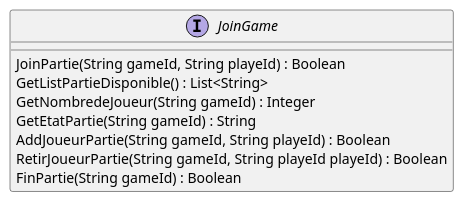
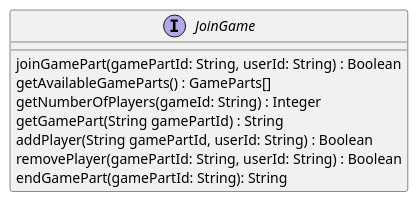
Before and after one commit to sybarry/Trivial_Pursuit_CL: the fourth of 16 diagrams in trivial-doc/modules/development/pages/composants.adoc, drawn with PlantUML. The commit also changed other lines of this file, not shown here.

```diff
--- a/trivial-doc/modules/development/pages/composants.adoc
+++ b/trivial-doc/modules/development/pages/composants.adoc
@@ -122,13 +120,12 @@
 [plantuml]
 ....
 interface JoinGame {
-    JoinPartie(String gameId, String playeId) : Boolean
-    GetListPartieDisponible() : List<String>
-    GetNombredeJoueur(String gameId) : Integer
-    GetEtatPartie(String gameId) : String
-    AddJoueurPartie(String gameId, String playeId) : Boolean
-    RetirJoueurPartie(String gameId, String playeId playeId) : Boolean
-    FinPartie(String gameId) : Boolean
-
+    joinGamePart(gamePartId: String, userId: String) : Boolean
+    getAvailableGameParts() : GameParts[]
+    getNumberOfPlayers(gameId: String) : Integer
+    getGamePart(String gamePartId) : String
+    addPlayer(String gamePartId, userId: String) : Boolean
+    removePlayer(gamePartId: String, userId: String) : Boolean
+    endGamePart(gamePartId: String): String
 }
 ....
```
